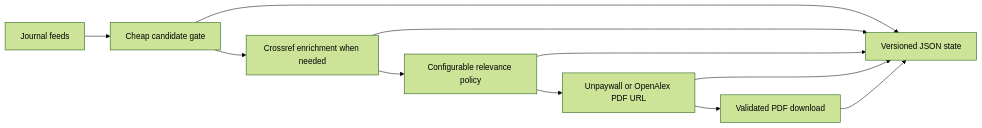
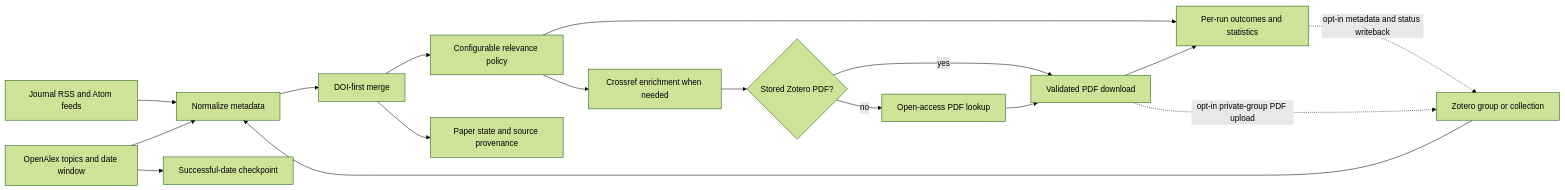
Before and after one commit to lamalab-org/perla-extract: the diagram in docs/workflows/papersbot.md, drawn with Mermaid (forest theme). The commit also changed other lines of this file and 13 other files, not shown here.

First line of the commit message:
feat: add OpenAlex and Zotero paper intake

````diff
--- a/docs/workflows/papersbot.md
+++ b/docs/workflows/papersbot.md
@@ -8,13 +10,19 @@
 ```mermaid
 flowchart LR
-    A["Journal feeds"] --> B["Cheap candidate gate"]
-    B --> C["Crossref enrichment when needed"]
-    C --> D["Configurable relevance policy"]
-    D --> E["Unpaywall or OpenAlex PDF URL"]
-    E --> F["Validated PDF download"]
-    B --> G["Versioned JSON state"]
-    C --> G
-    D --> G
-    E --> G
-    F --> G
+    A["Journal RSS and Atom feeds"] --> C["Normalize metadata"]
+    B["OpenAlex topics and date window"] --> C
+    Z["Zotero group or collection"] --> C
+    C --> D["DOI-first merge"]
+    D --> E["Configurable relevance policy"]
+    E --> F["Crossref enrichment when needed"]
+    F --> ZA{"Stored Zotero PDF?"}
+    ZA -->|"yes"| H["Validated PDF download"]
+    ZA -->|"no"| G["Open-access PDF lookup"]
+    G --> H["Validated PDF download"]
+    D --> I["Paper state and source provenance"]
+    B --> J["Successful-date checkpoint"]
+    E --> K["Per-run outcomes and statistics"]
+    H --> K
+    K -. "opt-in metadata and status writeback" .-> Z
+    H -. "opt-in private-group PDF upload" .-> Z
 ```
````
